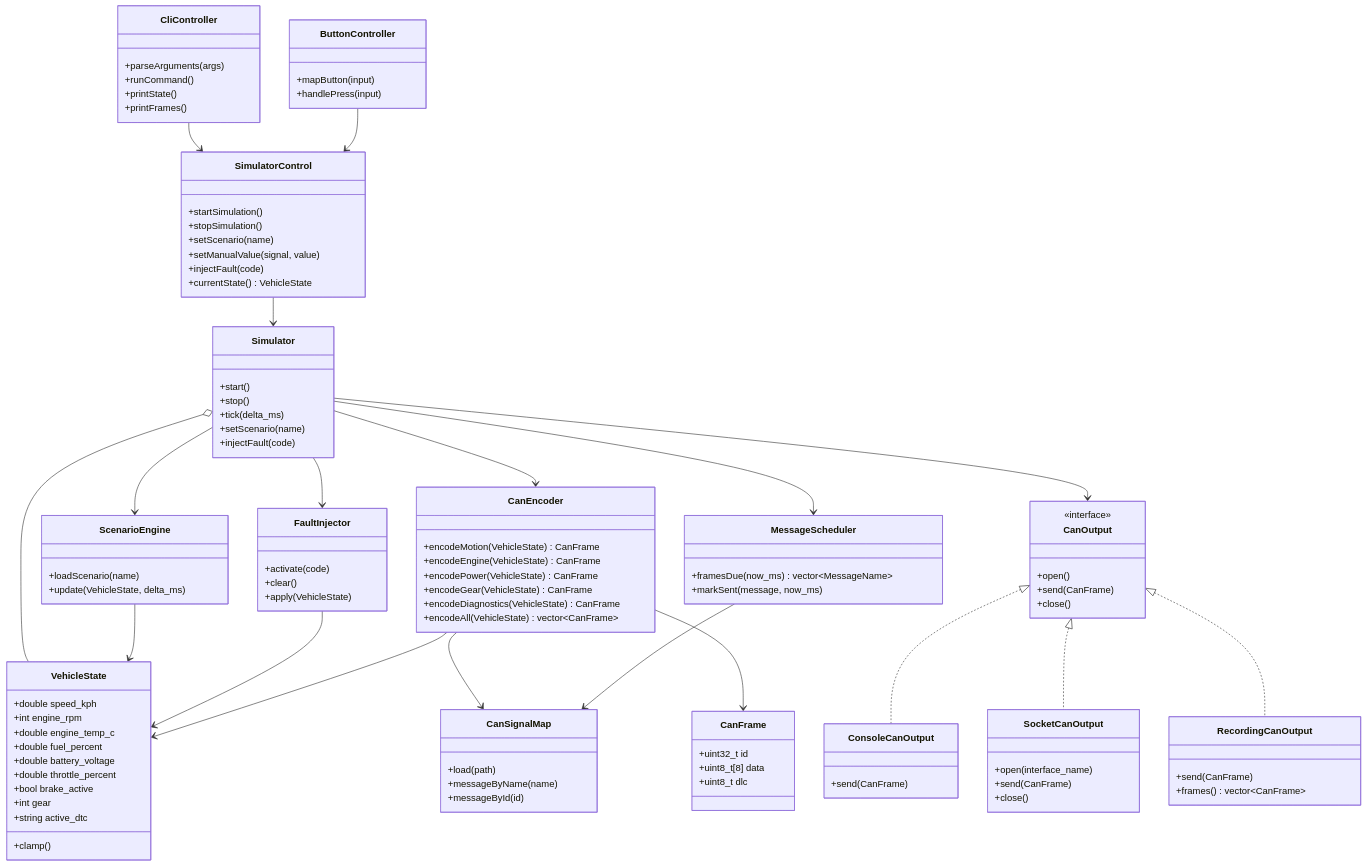
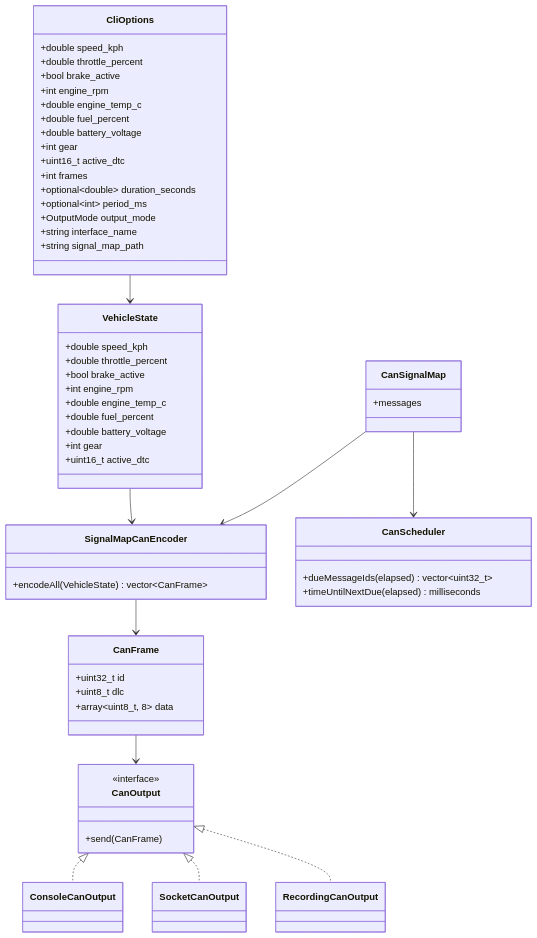
The fourth of 6 diagrams in docs/plannedArchitectures/architecture-diagrams.md (theoavgitidis/CanSimulatorCICD), drawn with Mermaid before and after one commit. The commit also changed other lines of this file and 9 other files, not shown here.

````diff
--- a/docs/plannedArchitectures/architecture-diagrams.md
+++ b/docs/plannedArchitectures/architecture-diagrams.md
@@ -102,125 +114,70 @@
 ```mermaid
 classDiagram
-    class Simulator {
-        +start()
-        +stop()
-        +tick(delta_ms)
-        +setScenario(name)
-        +injectFault(code)
+    class CliOptions {
+        +double speed_kph
+        +double throttle_percent
+        +bool brake_active
+        +int engine_rpm
+        +double engine_temp_c
+        +double fuel_percent
+        +double battery_voltage
+        +int gear
+        +uint16_t active_dtc
+        +int frames
+        +optional~double~ duration_seconds
+        +optional~int~ period_ms
+        +OutputMode output_mode
+        +string interface_name
+        +string signal_map_path
     }
 
     class VehicleState {
         +double speed_kph
+        +double throttle_percent
+        +bool brake_active
         +int engine_rpm
         +double engine_temp_c
         +double fuel_percent
         +double battery_voltage
-        +double throttle_percent
-        +bool brake_active
         +int gear
-        +string active_dtc
-        +clamp()
-    }
-
-    class ScenarioEngine {
-        +loadScenario(name)
-        +update(VehicleState, delta_ms)
-    }
-
-    class FaultInjector {
-        +activate(code)
-        +clear()
-        +apply(VehicleState)
-    }
-
-    class CanSignalMap {
-        +load(path)
-        +messageByName(name)
-        +messageById(id)
+        +uint16_t active_dtc
     }
 
     class CanFrame {
         +uint32_t id
-        +uint8_t[8] data
         +uint8_t dlc
+        +array~uint8_t, 8~ data
     }
 
-    class CanEncoder {
-        +encodeMotion(VehicleState) CanFrame
-        +encodeEngine(VehicleState) CanFrame
-        +encodePower(VehicleState) CanFrame
-        +encodeGear(VehicleState) CanFrame
-        +encodeDiagnostics(VehicleState) CanFrame
+    class CanSignalMap {
+        +messages
+    }
+
+    class SignalMapCanEncoder {
         +encodeAll(VehicleState) vector~CanFrame~
     }
 
-    class MessageScheduler {
-        +framesDue(now_ms) vector~MessageName~
-        +markSent(message, now_ms)
+    class CanScheduler {
+        +dueMessageIds(elapsed) vector~uint32_t~
+        +timeUntilNextDue(elapsed) milliseconds
     }
 
     class CanOutput {
         <<interface>>
-        +open()
-        +send(CanFrame)
-        +close()
-    }
-
-    class ConsoleCanOutput {
         +send(CanFrame)
     }
 
-    class SocketCanOutput {
-        +open(interface_name)
-        +send(CanFrame)
-        +close()
-    }
+    class ConsoleCanOutput
+    class SocketCanOutput
+    class RecordingCanOutput
 
-    class RecordingCanOutput {
-        +send(CanFrame)
-        +frames() vector~CanFrame~
-    }
-
-    class SimulatorControl {
-        +startSimulation()
-        +stopSimulation()
-        +setScenario(name)
-        +setManualValue(signal, value)
-        +injectFault(code)
-        +currentState() VehicleState
-    }
-
-    class CliController {
-        +parseArguments(args)
-        +runCommand()
-        +printState()
-        +printFrames()
-    }
-
-    class ButtonController {
-        +mapButton(input)
-        +handlePress(input)
-    }
-
-    Simulator o-- VehicleState
-    Simulator --> ScenarioEngine
-    Simulator --> FaultInjector
-    Simulator --> MessageScheduler
-    Simulator --> CanEncoder
-    Simulator --> CanOutput
-
-    ScenarioEngine --> VehicleState
-    FaultInjector --> VehicleState
-    CanEncoder --> VehicleState
-    CanEncoder --> CanSignalMap
-    CanEncoder --> CanFrame
-    MessageScheduler --> CanSignalMap
-
+    CliOptions --> VehicleState
+    CanSignalMap --> SignalMapCanEncoder
+    VehicleState --> SignalMapCanEncoder
+    SignalMapCanEncoder --> CanFrame
+    CanSignalMap --> CanScheduler
+    CanFrame --> CanOutput
     CanOutput <|.. ConsoleCanOutput
     CanOutput <|.. SocketCanOutput
     CanOutput <|.. RecordingCanOutput
-
-    SimulatorControl --> Simulator
-    CliController --> SimulatorControl
-    ButtonController --> SimulatorControl
 ```
````
